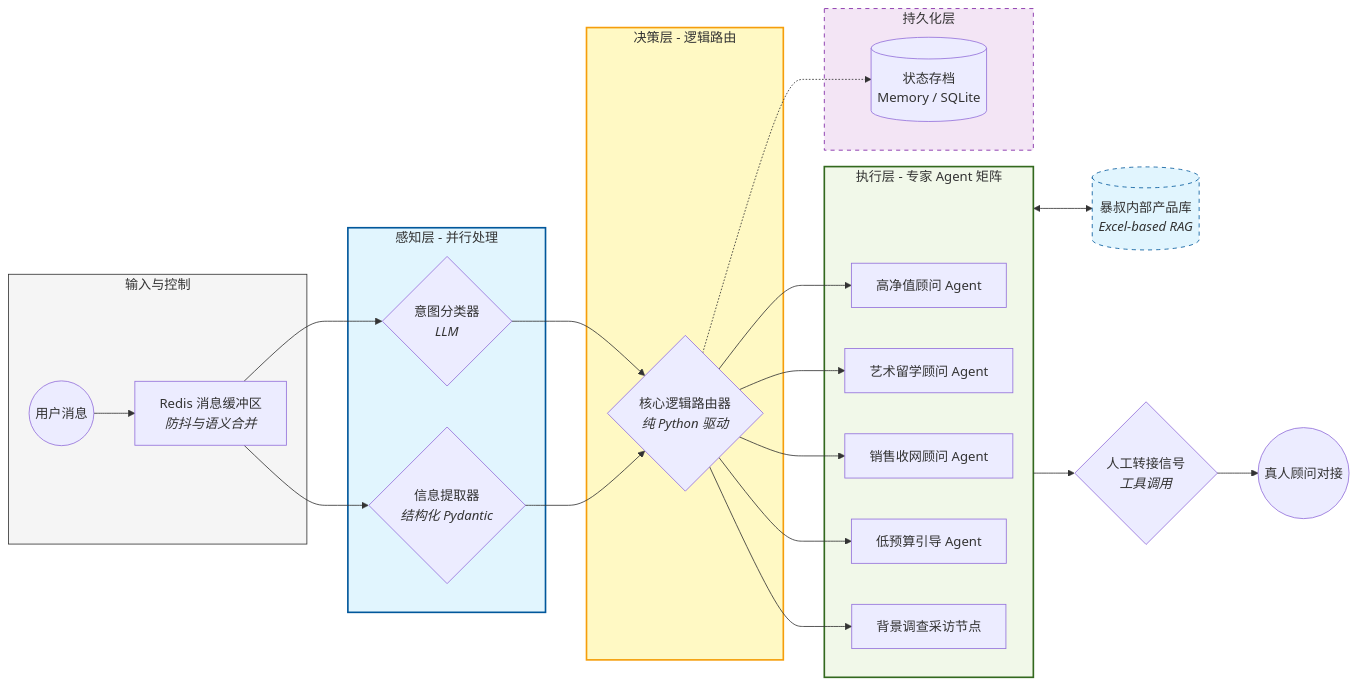
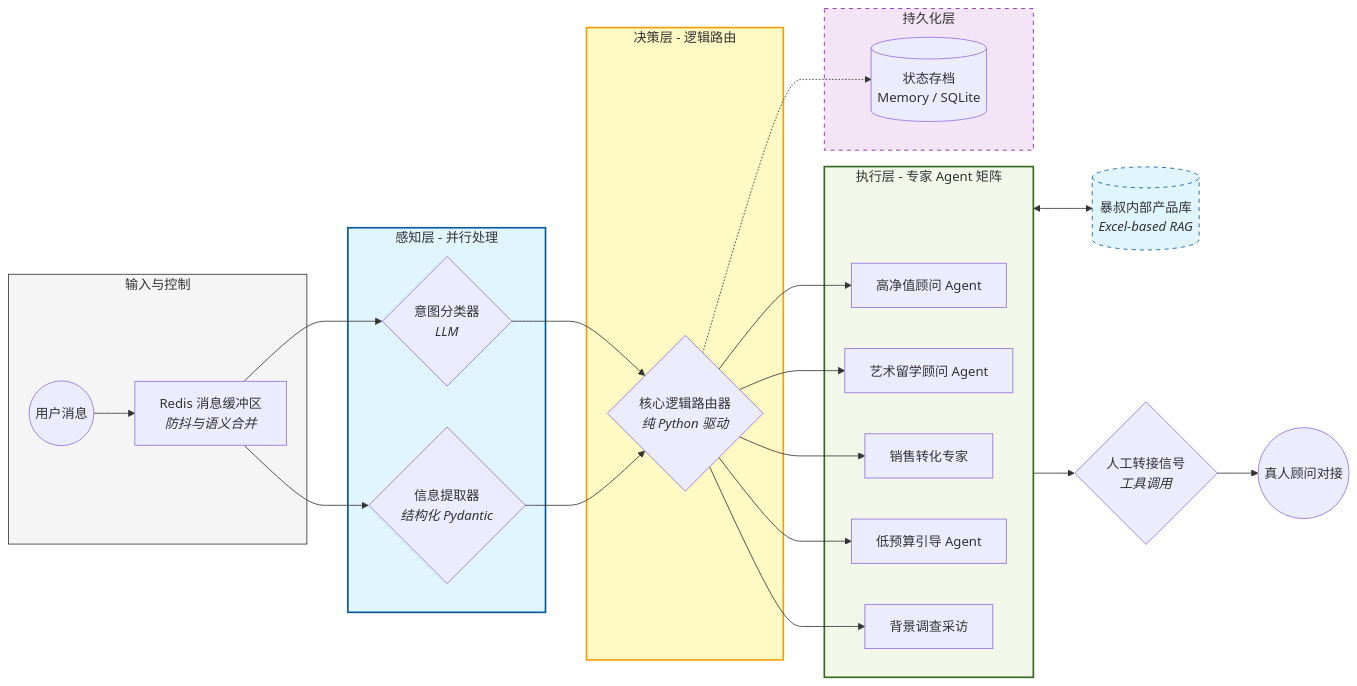
The diagram in README.md (JackybigW/baoshu_ai), drawn with Mermaid before and after one commit. The commit also changed 1 other file, not shown here.

Commit message:
docs: 修正 Mermaid 标签文本，与 V4 版专业术语对齐

````diff
--- a/README.md
+++ b/README.md
@@ -15,39 +15,39 @@
 ```mermaid
 graph LR
     subgraph Input_Layer [输入与控制]
         User((用户消息)) --> Buffer[Redis 消息缓冲区<br/><i>防抖与语义合并</i>]
     end
 
     subgraph Perception_Layer [感知层 - 并行处理]
         Buffer --> Classifier{意图分类器<br/><i>LLM</i>}
         Buffer --> Extractor{信息提取器<br/><i>结构化 Pydantic</i>}
     end
 
     subgraph Decision_Layer [决策层 - 逻辑路由]
         Classifier & Extractor --> Router{核心逻辑路由器<br/><i>纯 Python 驱动</i>}
     end
 
     subgraph Execution_Layer [执行层 - 专家 Agent 矩阵]
         Router --> HV[高净值顾问 Agent]
         Router --> ART[艺术留学顾问 Agent]
-        Router --> CS[销售收网顾问 Agent]
+        Router --> CS[销售转化专家]
         Router --> LB[低预算引导 Agent]
-        Router --> IV[背景调查采访节点]
+        Router --> IV[背景调查采访]
     end
 
     Execution_Layer <--> RAG[(暴叔内部产品库<br/><i>Excel-based RAG</i>)]
     Execution_Layer --> Handoff{人工转接信号<br/><i>工具调用</i>}
     Handoff --> Agent_Assigned((真人顾问对接))
 
     subgraph Persistence [持久化层]
         Router -.-> DB[(状态存档<br/>Memory / SQLite)]
     end
 
     %% Styling
     style Input_Layer fill:#f5f5f5,stroke:#333
     style Perception_Layer fill:#e1f5fe,stroke:#01579b,stroke-width:2px
     style Decision_Layer fill:#fff9c4,stroke:#f59e0b,stroke-width:2px
     style Execution_Layer fill:#f1f8e9,stroke:#33691e,stroke-width:2px
     style RAG fill:#e1f5fe,stroke:#01579b,stroke-dasharray: 5 5
     style Persistence fill:#f3e5f5,stroke:#7b1fa2,stroke-dasharray: 5 5
 ```
````
